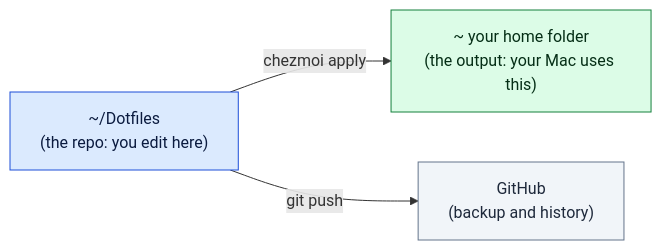
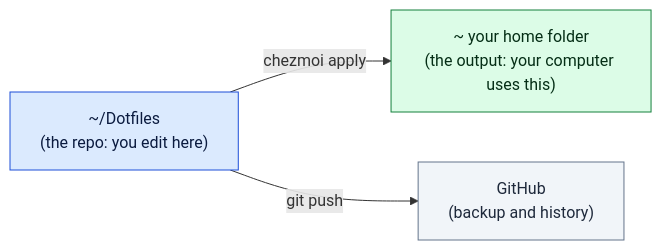
Before and after one commit to youngjae-lim/dotfiles: the first of 3 diagrams in docs/01-big-picture.md, drawn with Mermaid. The commit also changed other lines of this file and 18 other files, not shown here.

````diff
--- a/docs/01-big-picture.md
+++ b/docs/01-big-picture.md
@@ -20,8 +20,8 @@
 ```mermaid
 flowchart LR
-    R["~/Dotfiles<br/>(the repo: you edit here)"]:::source -->|chezmoi apply| H["~ your home folder<br/>(the output: your Mac uses this)"]:::output
+    R["~/Dotfiles<br/>(the repo: you edit here)"]:::source -->|chezmoi apply| H["~ your home folder<br/>(the output: your computer uses this)"]:::output
     R -->|git push| G["GitHub<br/>(backup and history)"]:::step
     classDef source fill:#dbeafe,stroke:#1d4ed8,color:#0b1b3f
     classDef step fill:#f1f5f9,stroke:#64748b,color:#1e293b
     classDef output fill:#dcfce7,stroke:#15803d,color:#052e16
 ```
````
